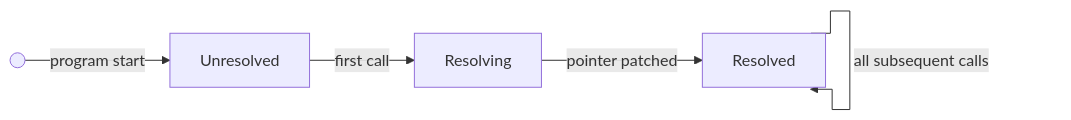
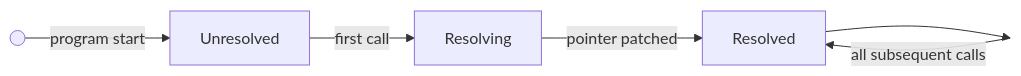
One commit to Shubhankar-Gambhir/Shubhankar-Gambhir.github.io changed the first of 3 diagrams in _posts/2026-05-12-lazy-resolution-resolve-once-dispatch-forever.md. Above: the diagram before and after it, drawn with Mermaid.

Commit message:
Use invisible node trick for cleaner self-loop in state diagram

````diff
--- a/_posts/2026-05-12-lazy-resolution-resolve-once-dispatch-forever.md
+++ b/_posts/2026-05-12-lazy-resolution-resolve-once-dispatch-forever.md
@@ -76,12 +76,9 @@
 ```mermaid
----
-config:
-  flowchart:
-    curve: step
----
 flowchart LR
     S(( )) -->|program start| A[Unresolved]
     A -->|first call| B[Resolving]
     B -->|pointer patched| C[Resolved]
-    C -->|all subsequent calls| C
+    C --> H[ ] -->|all subsequent calls| C
+    style H width:0px,height:0px,padding:0px,margin:0px,opacity:0
+    linkStyle 4 stroke-dasharray: 0
 ```
````
